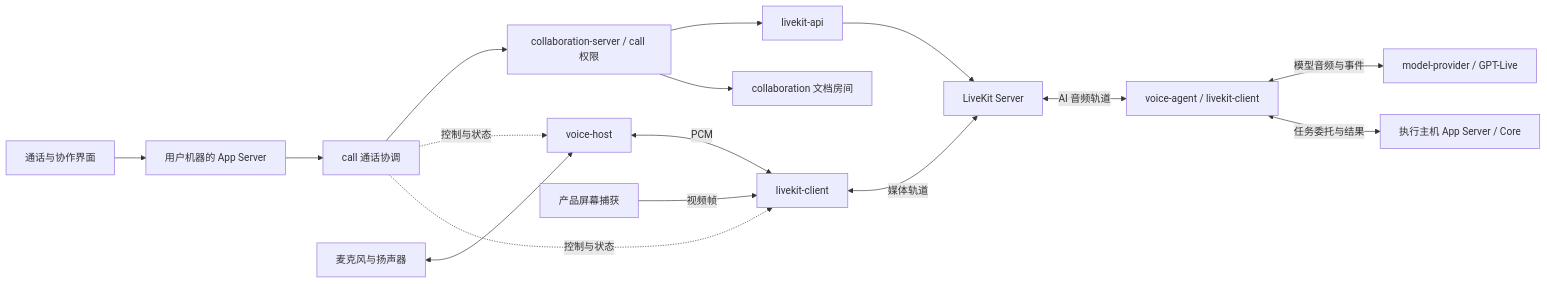
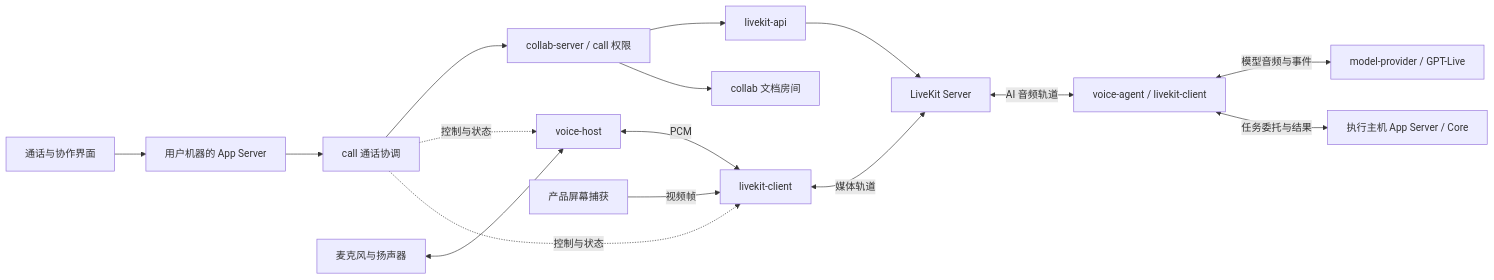
Before and after one commit to chogng/ash: the diagram in crates/docs/design/collaboration-media.md, drawn with Mermaid. The commit also changed other lines of this file and 34 other files, not shown here.

````diff
--- a/crates/docs/design/collaboration-media.md
+++ b/crates/docs/design/collaboration-media.md
@@ -98,18 +98,18 @@
 ```mermaid
 flowchart LR
     UI[通话与协作界面] --> Local[用户机器的 App Server]
     Local --> Call[call 通话协调]
-    Call --> Authority[collaboration-server / call 权限]
+    Call --> Authority[collab-server / call 权限]
     Authority --> API[livekit-api]
     API --> SFU[LiveKit Server]
     Device[麦克风与扬声器] <--> Host[voice-host]
     Host <-->|PCM| Client[livekit-client]
     Client <-->|媒体轨道| SFU
     Capture[产品屏幕捕获] -->|视频帧| Client
     Call -.控制与状态.-> Host
     Call -.控制与状态.-> Client
     SFU <-->|AI 音频轨道| Agent[voice-agent / livekit-client]
     Agent <-->|模型音频与事件| Provider[model-provider / GPT-Live]
     Agent <-->|任务委托与结果| Execution[执行主机 App Server / Core]
-    Authority --> Doc[collaboration 文档房间]
+    Authority --> Doc[collab 文档房间]
 ```
````
